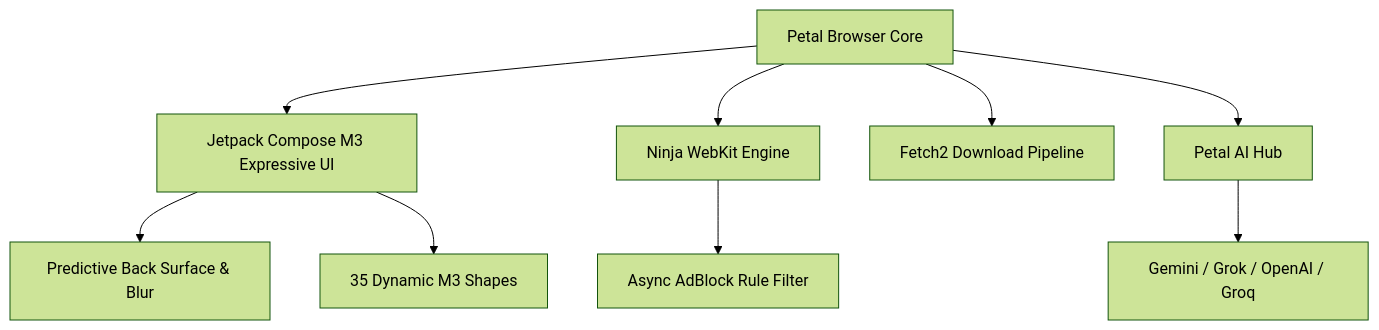
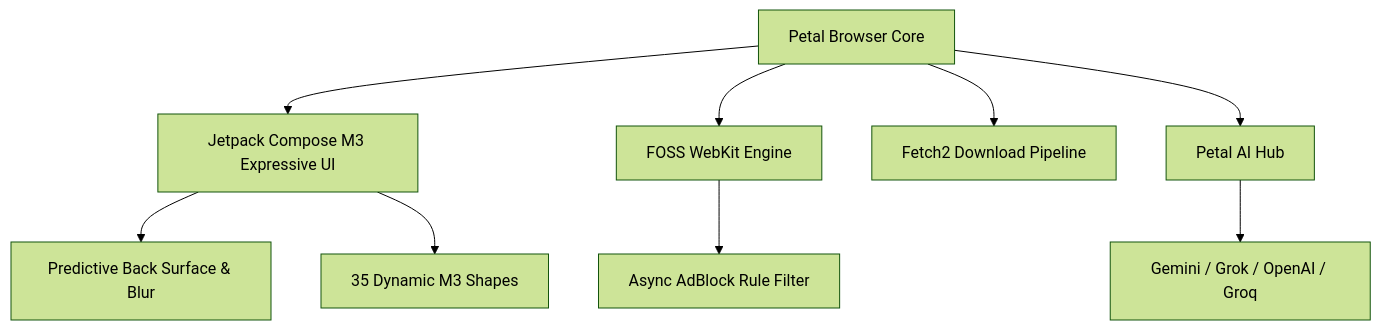
Before and after one commit to shreyagarwal72/petal: the diagram in README.md, drawn with Mermaid (forest theme). The commit also changed other lines of this file and 4 other files, not shown here.

````diff
--- a/README.md
+++ b/README.md
@@ -66,11 +66,11 @@
 ```mermaid
 graph TD
     A[Petal Browser Core] --> B[Jetpack Compose M3 Expressive UI]
-    A --> C[Ninja WebKit Engine]
+    A --> C[FOSS WebKit Engine]
     A --> D[Fetch2 Download Pipeline]
     A --> E[Petal AI Hub]
     B --> F[Predictive Back Surface & Blur]
     B --> G[35 Dynamic M3 Shapes]
     C --> H[Async AdBlock Rule Filter]
     E --> I[Gemini / Grok / OpenAI / Groq]
 ```
````
